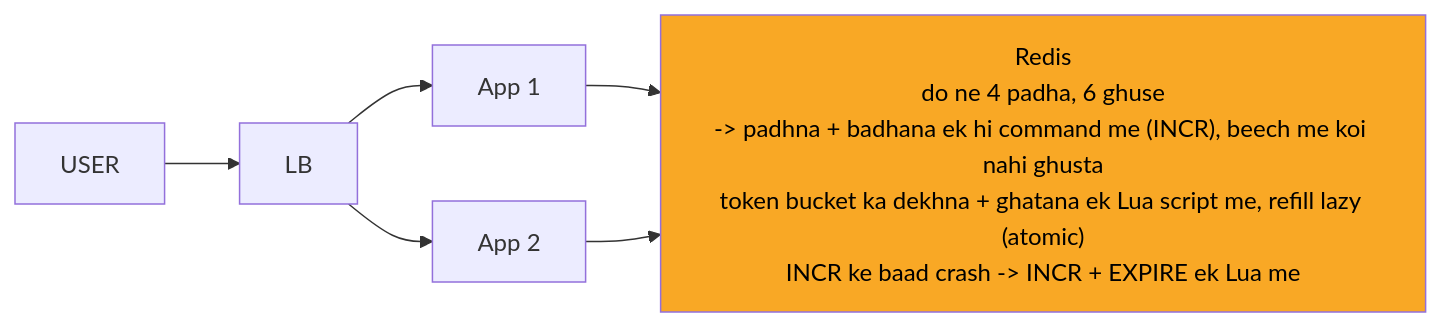
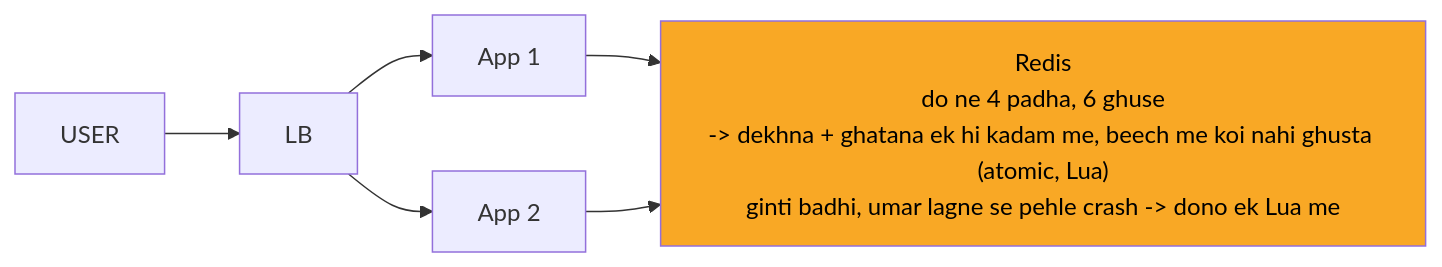
Before and after one commit to ArpanMaheshwari144/Prep: the diagram in 04_HLD/SYSTEM_DESIGNS/02_rate_limiter/img/c2.mmd, drawn with Mermaid. The commit also changed 64 other files, not shown here.

Commit message:
url + rate limiter: peele dabbe chhote; rate limiter SHURU me token bucket ki tasveer; kafka card 6 shabd (ISR wali copy)

```diff
--- a/04_HLD/SYSTEM_DESIGNS/02_rate_limiter/img/c2.mmd
+++ b/04_HLD/SYSTEM_DESIGNS/02_rate_limiter/img/c2.mmd
@@ -1,13 +1,13 @@
 %%{init: {"flowchart": {"wrappingWidth": 450}}}%%
 flowchart LR
     n_USER["USER"]
     n_LB["LB"]
     n_App_x_N_1["App 1"]
     n_App_x_N_2["App 2"]
-    n_Redis["Redis<br/>do ne 4 padha, 6 ghuse<br/>-> padhna + badhana ek hi command me (INCR), beech me koi nahi ghusta<br/>token bucket ka dekhna + ghatana ek Lua script me, refill lazy (atomic)<br/>INCR ke baad crash -> INCR + EXPIRE ek Lua me"]
+    n_Redis["Redis<br/>do ne 4 padha, 6 ghuse<br/>-> dekhna + ghatana ek hi kadam me, beech me koi nahi ghusta (atomic, Lua)<br/>ginti badhi, umar lagne se pehle crash -> dono ek Lua me"]
     n_USER --> n_LB
     n_LB --> n_App_x_N_1
     n_LB --> n_App_x_N_2
     n_App_x_N_1 --> n_Redis
     n_App_x_N_2 --> n_Redis
     style n_Redis fill:#f9a825,color:#000
```
